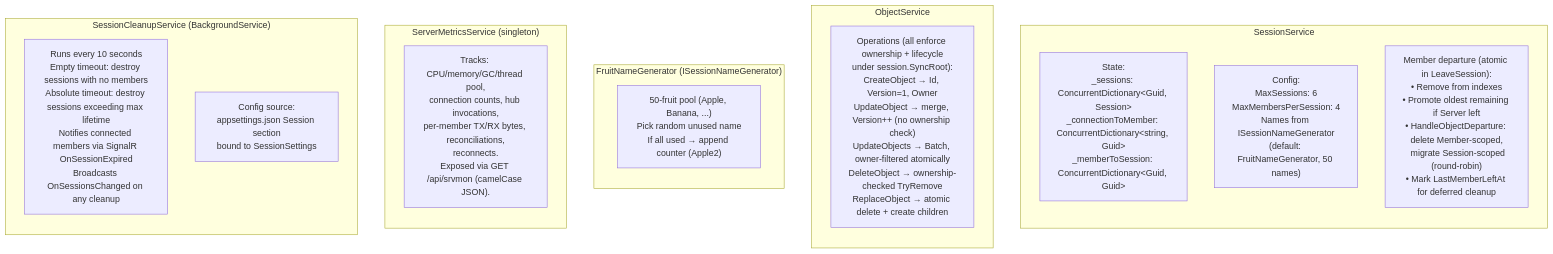
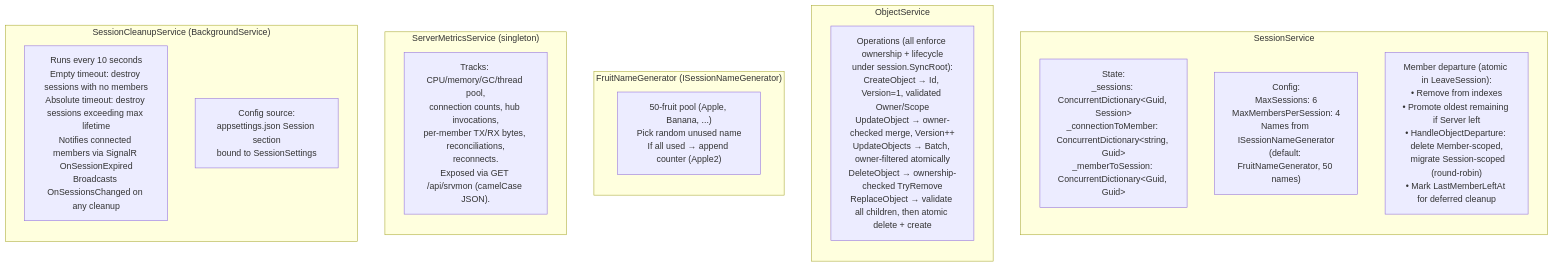
Before and after one commit to badvoidstar/astervoids: the fourth of 36 diagrams in ARCHITECTURE.md, drawn with Mermaid. The commit also changed other lines of this file and 41 other files, not shown here.

````diff
--- a/ARCHITECTURE.md
+++ b/ARCHITECTURE.md
@@ -578,30 +598,30 @@
 ```mermaid
 graph TB
     subgraph "SessionService"
         direction TB
         SS_DICT["State:<br/>_sessions: ConcurrentDictionary&lt;Guid, Session&gt;<br/>_connectionToMember: ConcurrentDictionary&lt;string, Guid&gt;<br/>_memberToSession: ConcurrentDictionary&lt;Guid, Guid&gt;"]
         SS_CFG["Config:<br/>MaxSessions: 6<br/>MaxMembersPerSession: 4<br/>Names from ISessionNameGenerator<br/>(default: FruitNameGenerator, 50 names)"]
         SS_DEP["Member departure (atomic in LeaveSession):<br/>• Remove from indexes<br/>• Promote oldest remaining if Server left<br/>• HandleObjectDeparture: delete Member-scoped,<br/>  migrate Session-scoped (round-robin)<br/>• Mark LastMemberLeftAt for deferred cleanup"]
     end
 
     subgraph "ObjectService"
         direction TB
-        OS_OPS["Operations (all enforce ownership + lifecycle<br/>under session.SyncRoot):<br/>CreateObject → Id, Version=1, Owner<br/>UpdateObject → merge, Version++ (no ownership check)<br/>UpdateObjects → Batch, owner-filtered atomically<br/>DeleteObject → ownership-checked TryRemove<br/>ReplaceObject → atomic delete + create children"]
+        OS_OPS["Operations (all enforce ownership + lifecycle<br/>under session.SyncRoot):<br/>CreateObject → Id, Version=1, validated Owner/Scope<br/>UpdateObject → owner-checked merge, Version++<br/>UpdateObjects → Batch, owner-filtered atomically<br/>DeleteObject → ownership-checked TryRemove<br/>ReplaceObject → validate all children, then atomic delete + create"]
     end
 
     subgraph "FruitNameGenerator (ISessionNameGenerator)"
         direction TB
         FNG["50-fruit pool (Apple, Banana, ...)<br/>Pick random unused name<br/>If all used → append counter (Apple2)"]
     end
 
     subgraph "ServerMetricsService (singleton)"
         direction TB
         SMS["Tracks: CPU/memory/GC/thread pool,<br/>connection counts, hub invocations,<br/>per-member TX/RX bytes, reconciliations,<br/>reconnects.<br/>Exposed via GET /api/srvmon (camelCase JSON)."]
     end
 
     subgraph "SessionCleanupService (BackgroundService)"
         direction TB
         SCS_OPS["Runs every 10 seconds<br/>Empty timeout: destroy sessions with no members<br/>Absolute timeout: destroy sessions exceeding max lifetime<br/>Notifies connected members via SignalR OnSessionExpired<br/>Broadcasts OnSessionsChanged on any cleanup"]
         SCS_CFG["Config source:<br/>appsettings.json Session section<br/>bound to SessionSettings"]
     end
 ```
````
